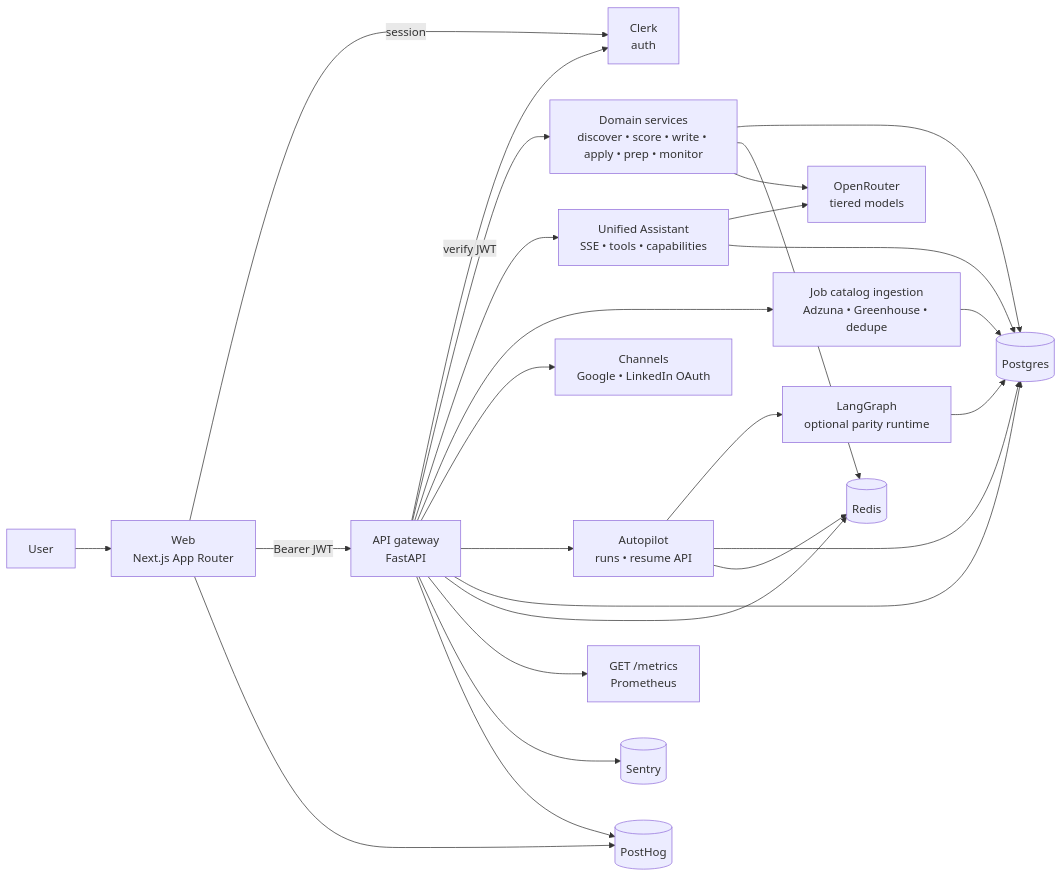
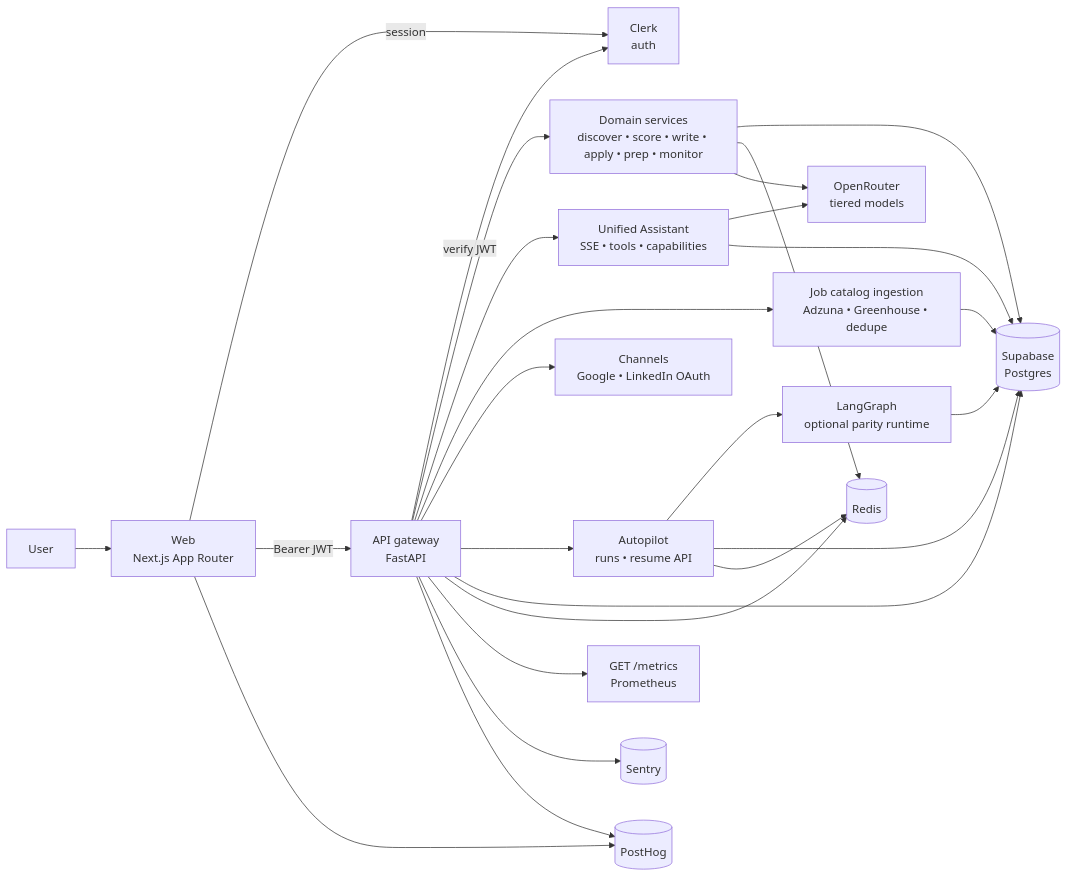
Before and after one commit to frank-asket/doubow: the first of 2 diagrams in README.md, drawn with Mermaid. The commit also changed other lines of this file and 1 other file, not shown here.

First line of the commit message:
Update documentation to reflect Supabase Postgres integration

````diff
--- a/README.md
+++ b/README.md
@@ -26,45 +26,45 @@
 ```mermaid
 flowchart LR
   U[User]
   FE["Web<br/>Next.js App Router"]
   CL["Clerk<br/>auth"]
   API["API gateway<br/>FastAPI"]
   AG["Domain services<br/>discover • score • write • apply • prep • monitor"]
   ASST["Unified Assistant<br/>SSE • tools • capabilities"]
   INGEST["Job catalog ingestion<br/>Adzuna • Greenhouse • dedupe"]
-  DB[("Postgres")]
+  DB[("Supabase<br/>Postgres")]
   RD[("Redis")]
   LLM["OpenRouter<br/>tiered models"]
   OAUTH["Channels<br/>Google • LinkedIn OAuth"]
   AUTO["Autopilot<br/>runs • resume API"]
   LG["LangGraph<br/>optional parity runtime"]
   PH[("PostHog")]
   SE[("Sentry")]
   METRICS["GET /metrics<br/>Prometheus"]
 
   U --> FE
   FE -->|session| CL
   FE -->|Bearer JWT| API
   API -->|verify JWT| CL
   API --> AG
   API --> ASST
   API --> INGEST
   API --> OAUTH
   API --> AUTO
   API --> DB
   API --> RD
   API --> METRICS
   API --> SE
   AG --> DB
   AG --> RD
   AG --> LLM
   ASST --> LLM
   ASST --> DB
   INGEST --> DB
   AUTO --> LG
   AUTO --> DB
   AUTO --> RD
   LG --> DB
   FE --> PH
   API --> PH
 ```
````
